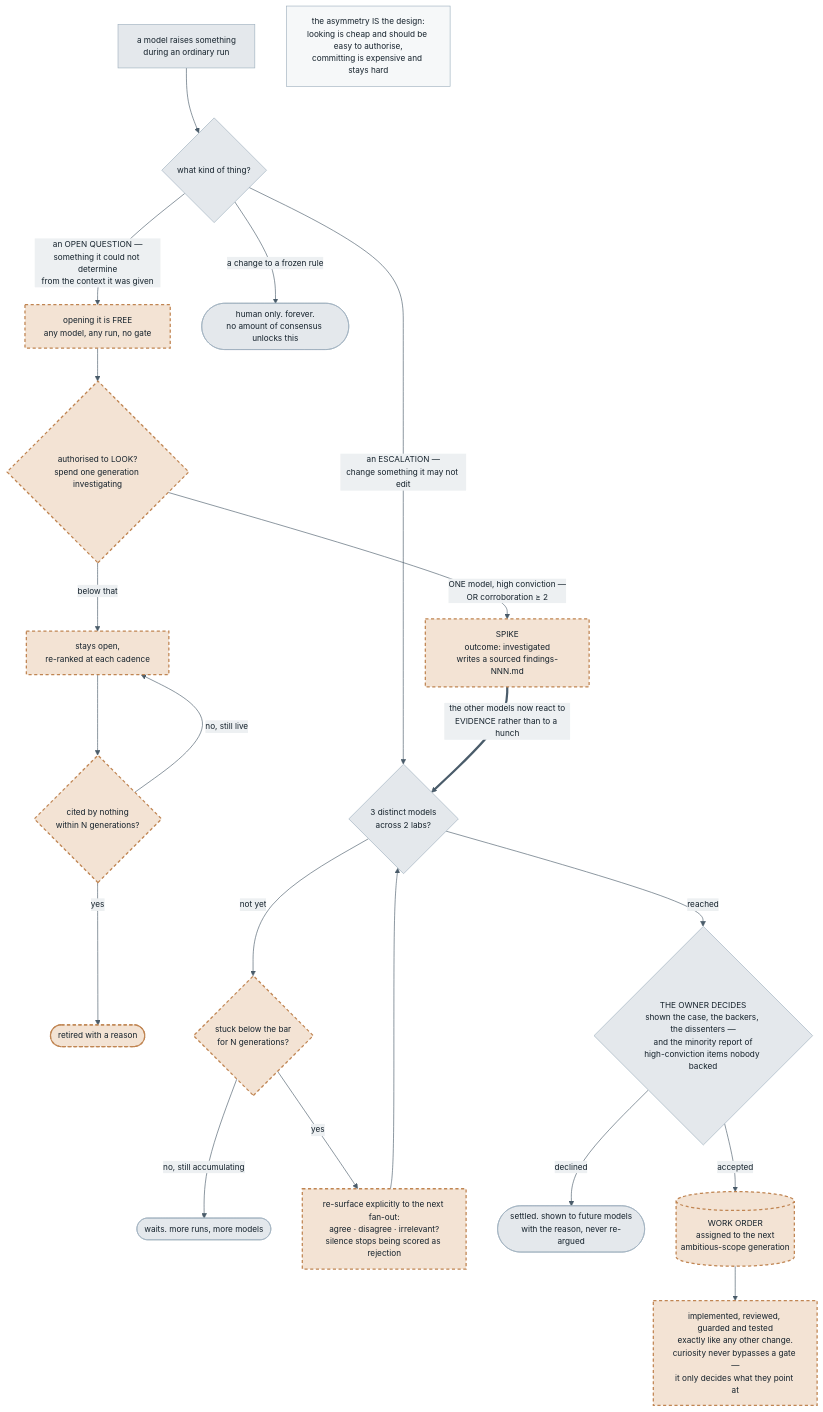
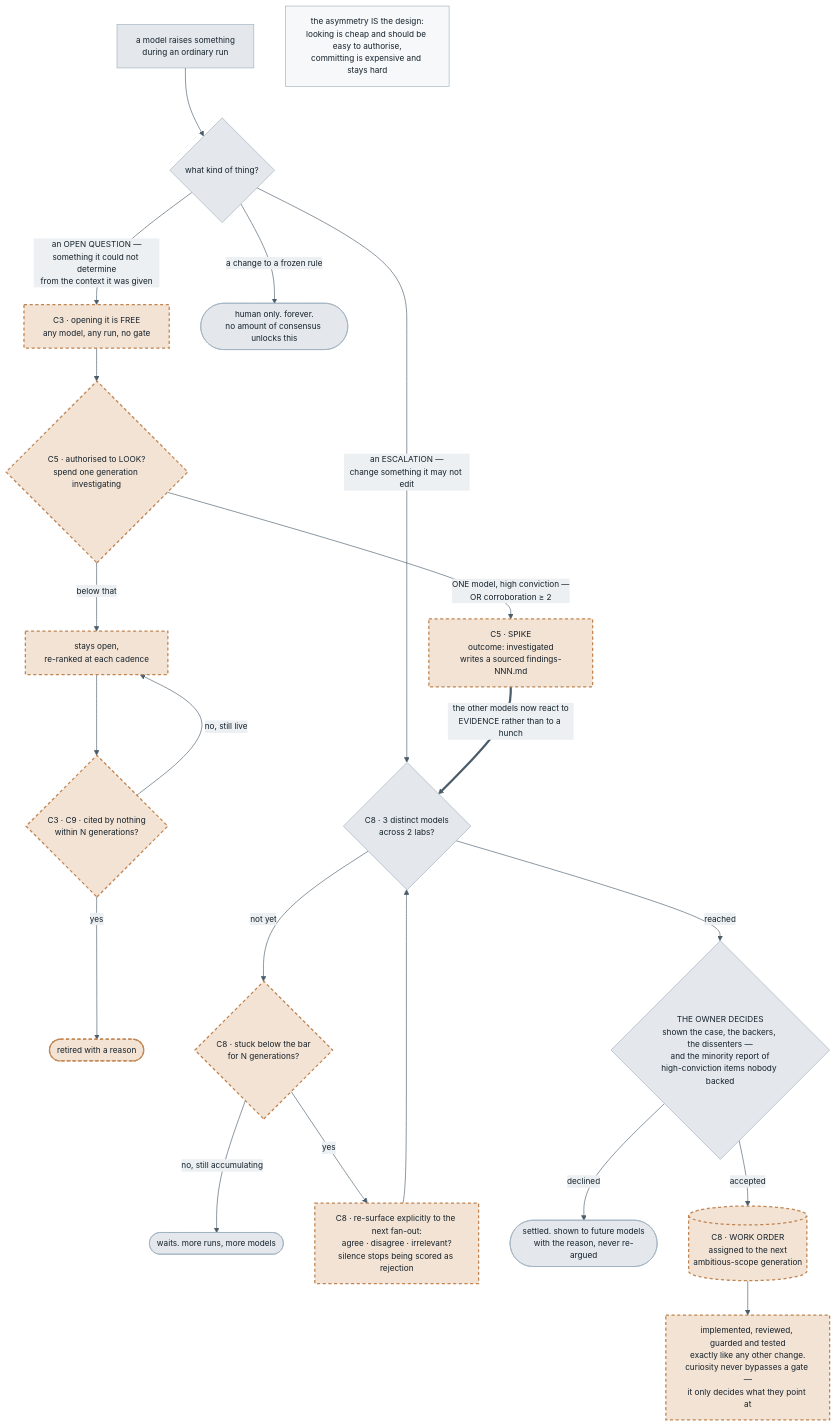
The diagram in learning/diagrams/proposed-curiosity-authorisation.mmd (Chrisfoz/self-optimisation), drawn with Mermaid before and after one commit. The commit also changed 15 other files, not shown here.

```diff
--- a/learning/diagrams/proposed-curiosity-authorisation.mmd
+++ b/learning/diagrams/proposed-curiosity-authorisation.mmd
@@ -1,36 +1,36 @@
 %%{init: {"theme":"base","themeVariables":{"fontSize":"13px","primaryColor":"#E4E8EC","primaryTextColor":"#14212B","primaryBorderColor":"#9FB0BE","lineColor":"#4A5C6A","secondaryColor":"#DCE7F0","tertiaryColor":"#F3E3D4","clusterBkg":"#F6F8F9","clusterBorder":"#9FB0BE","edgeLabelBackground":"#EDF0F2","textColor":"#14212B"}}}%%
 flowchart TD
   raise["a model raises something<br/>during an ordinary run"] --> what{"what kind of thing?"}
 
-  what -->|"an OPEN QUESTION —<br/>something it could not determine<br/>from the context it was given"| free["opening it is FREE<br/>any model, any run, no gate"]
+  what -->|"an OPEN QUESTION —<br/>something it could not determine<br/>from the context it was given"| free["C3 · opening it is FREE<br/>any model, any run, no gate"]
   what -->|"an ESCALATION —<br/>change something it may not edit"| bar
   what -->|"a change to a frozen rule"| never(["human only. forever.<br/>no amount of consensus unlocks this"])
 
-  free --> look{"authorised to LOOK?<br/>spend one generation investigating"}
-  look -->|"ONE model, high conviction —<br/>OR corroboration ≥ 2"| spike["SPIKE<br/>outcome: investigated<br/>writes a sourced findings-NNN.md"]
+  free --> look{"C5 · authorised to LOOK?<br/>spend one generation investigating"}
+  look -->|"ONE model, high conviction —<br/>OR corroboration ≥ 2"| spike["C5 · SPIKE<br/>outcome: investigated<br/>writes a sourced findings-NNN.md"]
   look -->|"below that"| open["stays open,<br/>re-ranked at each cadence"]
-  open --> inert{"cited by nothing<br/>within N generations?"}
+  open --> inert{"C3 · C9 · cited by nothing<br/>within N generations?"}
   inert -->|"yes"| retired(["retired with a reason"])
   inert -->|"no, still live"| open
 
   spike ==>|"the other models now react to<br/>EVIDENCE rather than to a hunch"| bar
 
-  bar{"3 distinct models<br/>across 2 labs?"}
-  bar -->|"not yet"| silent{"stuck below the bar<br/>for N generations?"}
+  bar{"C8 · 3 distinct models<br/>across 2 labs?"}
+  bar -->|"not yet"| silent{"C8 · stuck below the bar<br/>for N generations?"}
   silent -->|"no, still accumulating"| accum(["waits. more runs, more models"])
-  silent -->|"yes"| ask["re-surface explicitly to the next fan-out:<br/>agree · disagree · irrelevant?<br/>silence stops being scored as rejection"]
+  silent -->|"yes"| ask["C8 · re-surface explicitly to the next fan-out:<br/>agree · disagree · irrelevant?<br/>silence stops being scored as rejection"]
   ask --> bar
 
   bar -->|"reached"| owner{"THE OWNER DECIDES<br/>shown the case, the backers, the dissenters —<br/>and the minority report of<br/>high-conviction items nobody backed"}
   owner -->|"declined"| settled(["settled. shown to future models<br/>with the reason, never re-argued"])
-  owner -->|"accepted"| order[("WORK ORDER<br/>assigned to the next<br/>ambitious-scope generation")]
+  owner -->|"accepted"| order[("C8 · WORK ORDER<br/>assigned to the next<br/>ambitious-scope generation")]
 
   order --> ship["implemented, reviewed, guarded and tested<br/>exactly like any other change.<br/>curiosity never bypasses a gate —<br/>it only decides what they point at"]
 
   axiom["the asymmetry IS the design:<br/>looking is cheap and should be easy to authorise,<br/>committing is expensive and stays hard"]
   axiom ~~~ what
 
   classDef proposed fill:#F3E3D4,stroke:#C08552,stroke-width:2px,stroke-dasharray:5 4;
   classDef note fill:#F6F8F9,stroke:#9FB0BE,stroke-width:1px;
   class free,look,spike,open,inert,retired,silent,ask,order,ship proposed;
   class axiom note;
```
